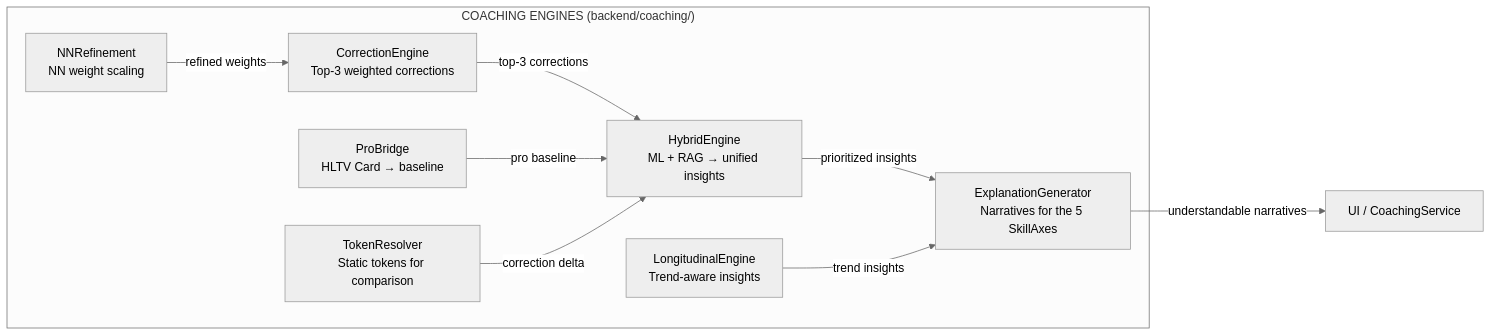
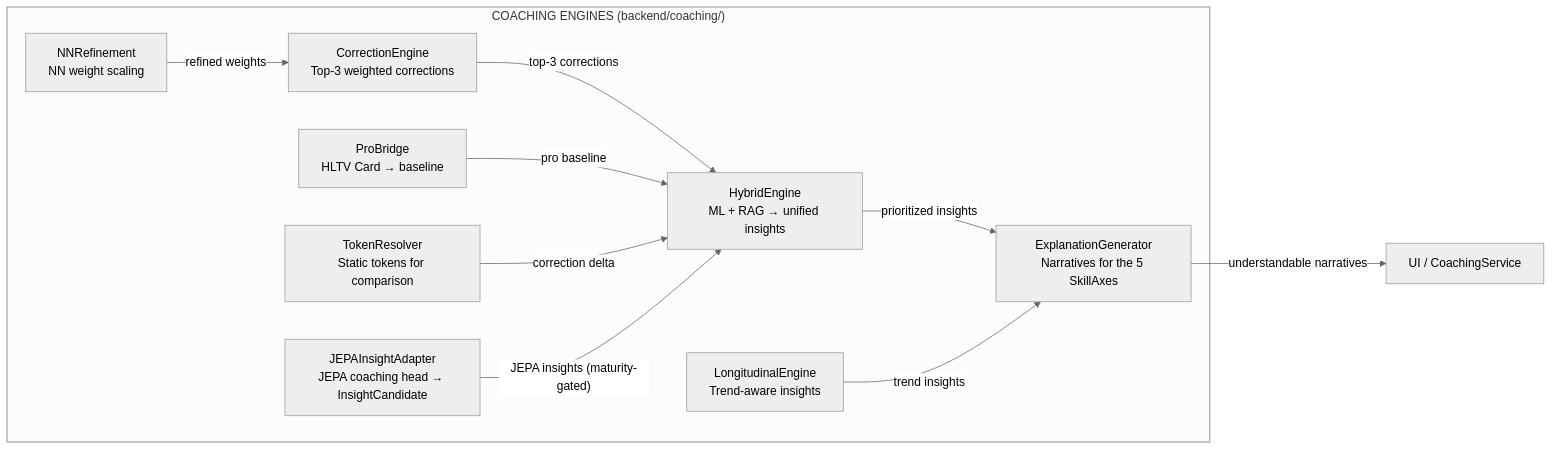
Before and after one commit to renanaugustomacena-ux/Counter-Strike-coach-AI: the tenth of 48 diagrams in docs/books/Book-Coach-2-en.md, drawn with Mermaid (neutral theme). The commit also changed other lines of this file and 5 other files, not shown here.

First line of the commit message:
docs: update Book-Coach-1A/2 — fix counts, remove orphans, add jepa_insight_adapter

````diff
--- a/docs/books/Book-Coach-2-en.md
+++ b/docs/books/Book-Coach-2-en.md
@@ -588,19 +588,21 @@
 ```mermaid
 flowchart LR
     subgraph COACHING_ENGINES["COACHING ENGINES (backend/coaching/)"]
         CE["CorrectionEngine<br/>Top-3 weighted corrections"]
         HE["HybridEngine<br/>ML + RAG → unified insights"]
         EG["ExplanationGenerator<br/>Narratives for the 5 SkillAxes"]
         NR["NNRefinement<br/>NN weight scaling"]
         PB["ProBridge<br/>HLTV Card → baseline"]
         TR["TokenResolver<br/>Static tokens for comparison"]
         LE["LongitudinalEngine<br/>Trend-aware insights"]
+        JIA["JEPAInsightAdapter<br/>JEPA coaching head → InsightCandidate"]
     end
     CE -->|"top-3 corrections"| HE
     NR -->|"refined weights"| CE
     PB -->|"pro baseline"| HE
     TR -->|"correction delta"| HE
     HE -->|"prioritized insights"| EG
     LE -->|"trend insights"| EG
+    JIA -->|"JEPA insights (maturity-gated)"| HE
     EG -->|"understandable narratives"| UI["UI / CoachingService"]
 ```
````
